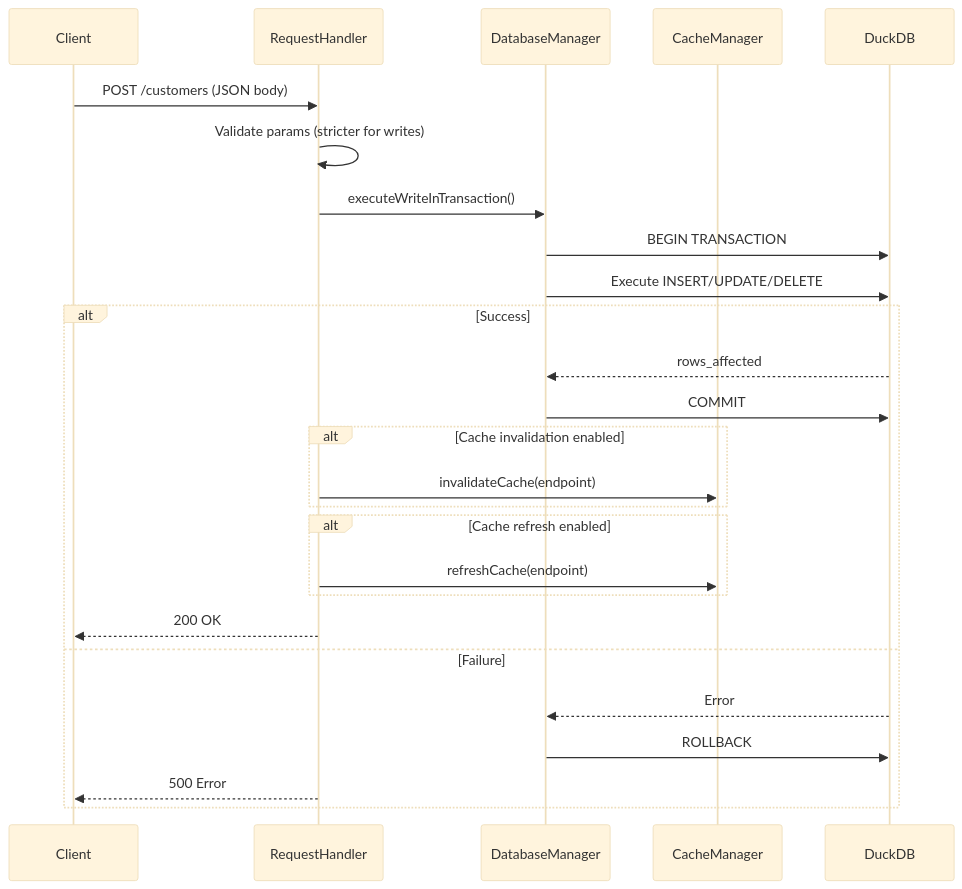
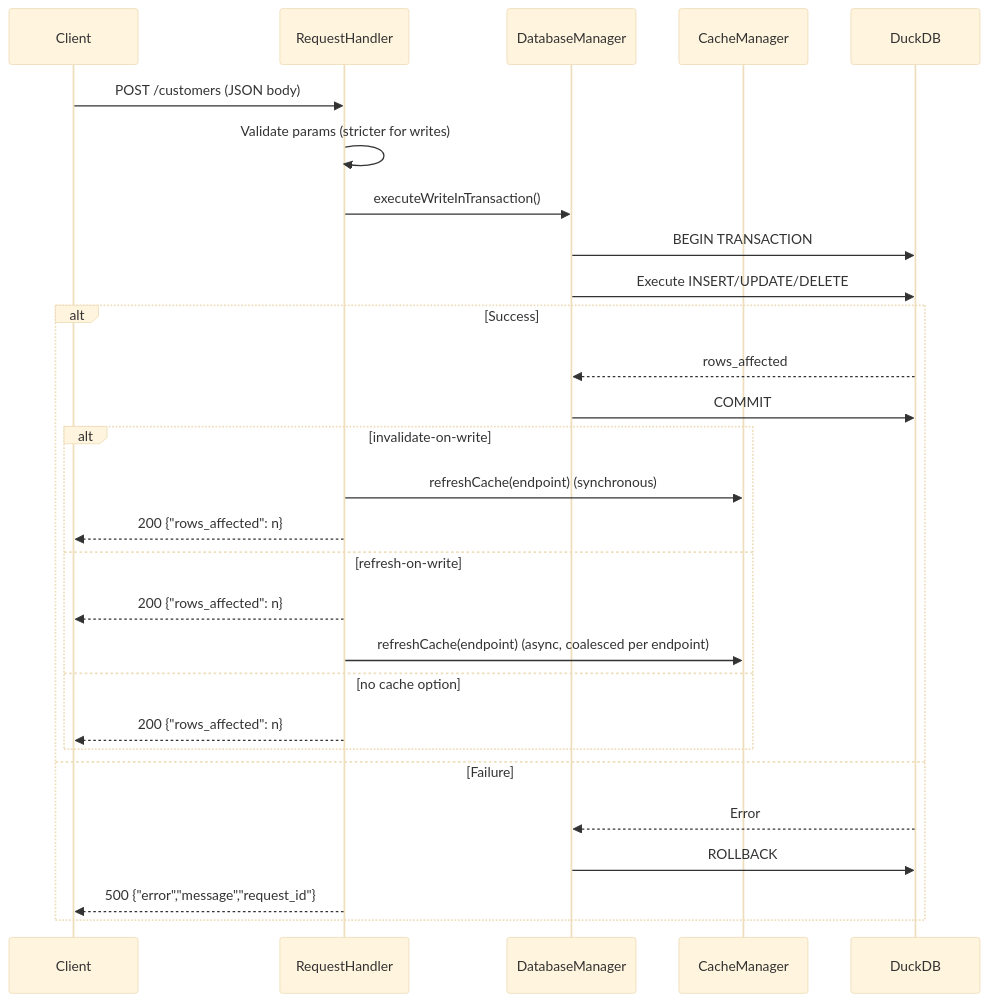
The third of 3 diagrams in docs/spec/REQUEST_LIFECYCLE.md (DataZooDE/flapi), drawn with Mermaid (base theme) before and after one commit. The commit also changed other lines of this file and 59 other files, not shown here.

````diff
--- a/docs/spec/REQUEST_LIFECYCLE.md
+++ b/docs/spec/REQUEST_LIFECYCLE.md
@@ -449,34 +461,34 @@
 ```mermaid
 sequenceDiagram
     participant Client
     participant RH as RequestHandler
     participant DM as DatabaseManager
     participant Cache as CacheManager
     participant DuckDB
 
     Client->>RH: POST /customers (JSON body)
     RH->>RH: Validate params (stricter for writes)
 
     RH->>DM: executeWriteInTransaction()
     DM->>DuckDB: BEGIN TRANSACTION
     DM->>DuckDB: Execute INSERT/UPDATE/DELETE
 
     alt Success
         DuckDB-->>DM: rows_affected
         DM->>DuckDB: COMMIT
 
-        alt Cache invalidation enabled
-            RH->>Cache: invalidateCache(endpoint)
+        alt invalidate-on-write
+            RH->>Cache: refreshCache(endpoint) (synchronous)
+            RH-->>Client: 200 {"rows_affected": n}
+        else refresh-on-write
+            RH-->>Client: 200 {"rows_affected": n}
+            RH->>Cache: refreshCache(endpoint) (async, coalesced per endpoint)
+        else no cache option
+            RH-->>Client: 200 {"rows_affected": n}
         end
-
-        alt Cache refresh enabled
-            RH->>Cache: refreshCache(endpoint)
-        end
-
-        RH-->>Client: 200 OK
     else Failure
         DuckDB-->>DM: Error
         DM->>DuckDB: ROLLBACK
-        RH-->>Client: 500 Error
+        RH-->>Client: 500 {"error","message","request_id"}
     end
 ```
````
